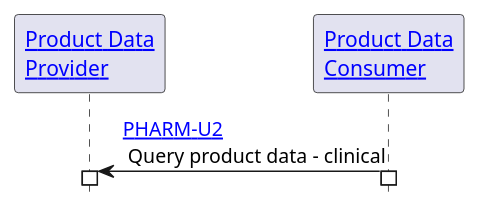
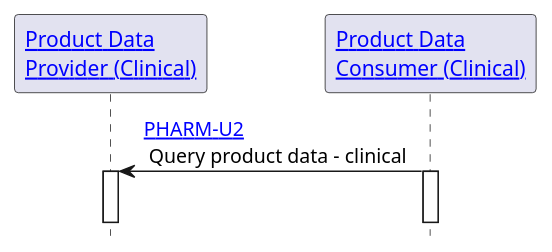
The diagram in input/images-source/u2.plantuml (unicom-project-eu/unicom-ihe-transactions), drawn with PlantUML before and after one commit. The commit also changed 3 other files, not shown here.

Commit message:
update transaction diagrams

```diff
--- a/input/images-source/u2.plantuml
+++ b/input/images-source/u2.plantuml
@@ -1,10 +1,11 @@
 @startuml
 hide footbox
-participant "[[actors_and_transactions.html#product-data-provider Product Data\nProvider]]" as a1
-participant "[[actors_and_transactions.html#product-data-consumer Product Data\nConsumer ]]" as a2
+participant "[[actors_and_transactions.html#product-data-provider Product Data\nProvider (Clinical)]]" as a1
+participant "[[actors_and_transactions.html#product-data-consumer Product Data\nConsumer (Clinical)]]" as a2
 
-a2 -> a1 : [[u2.html PHARM-U2]]\n Query product data - clinical
+a2 -> a1 :   [[u2.html PHARM-U2]]\n Query product data - clinical \t   
 activate a1
 activate a2
+|||
 
 @enduml
```
